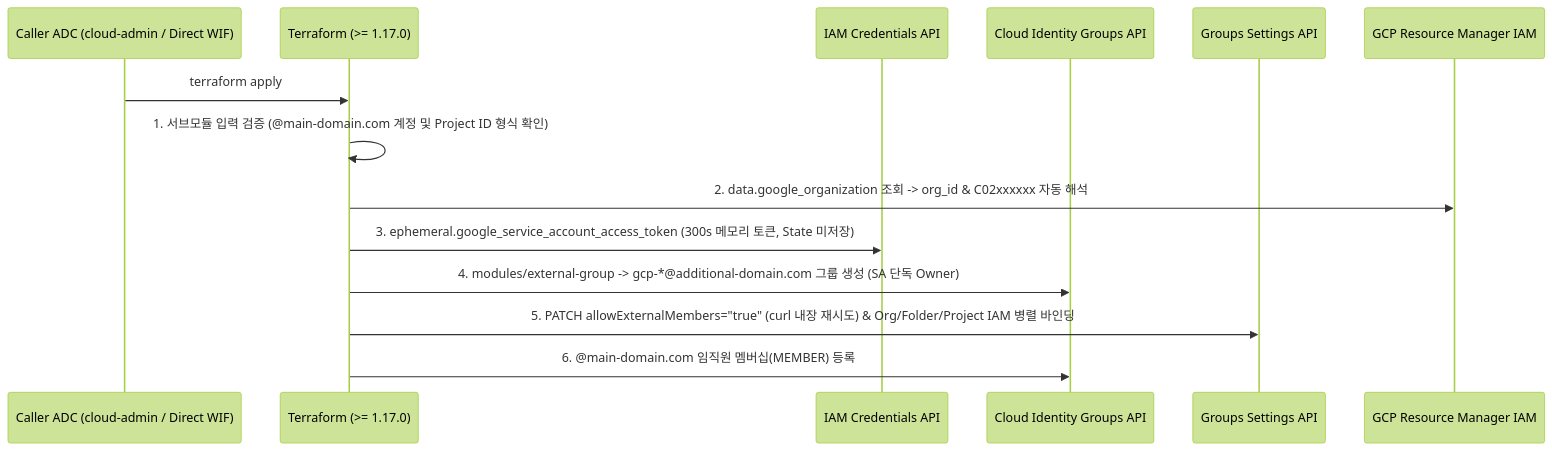
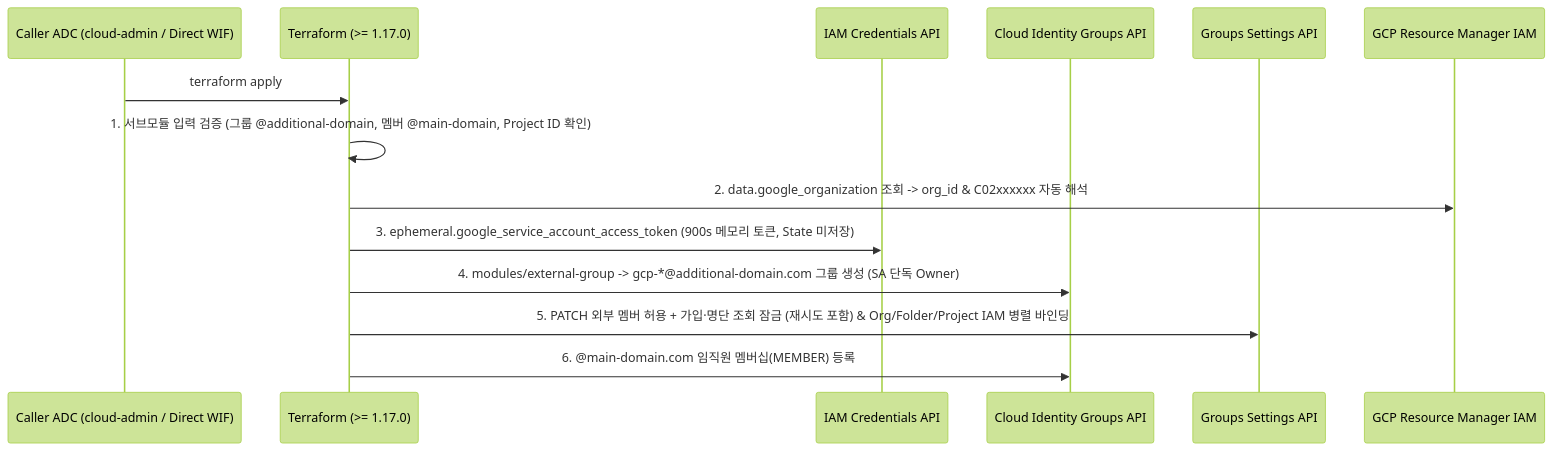
Before and after one commit to rom2019/gcp-sandbox: the second of 2 diagrams in iam/multi-org-group-iam/README.md, drawn with Mermaid (forest theme). The commit also changed other lines of this file and 5 other files, not shown here.

Commit message:
fix(iam/multi-org-group-iam): enforce Tier-0 separation and harden Groups Settings PATCH

````diff
--- a/iam/multi-org-group-iam/README.md
+++ b/iam/multi-org-group-iam/README.md
@@ -212,17 +215,17 @@
 ```mermaid
 sequenceDiagram
     participant Admin as Caller ADC (cloud-admin / Direct WIF)
     participant TF as Terraform (>= 1.17.0)
     participant IAMC as IAM Credentials API
     participant CI as Cloud Identity Groups API
     participant GS as Groups Settings API
     participant RM as GCP Resource Manager IAM
 
     Admin->>TF: terraform apply
-    TF->>TF: 1. 서브모듈 입력 검증 (@main-domain.com 계정 및 Project ID 형식 확인)
+    TF->>TF: 1. 서브모듈 입력 검증 (그룹 @additional-domain, 멤버 @main-domain, Project ID 확인)
     TF->>RM: 2. data.google_organization 조회 -> org_id & C02xxxxxx 자동 해석
-    TF->>IAMC: 3. ephemeral.google_service_account_access_token (300s 메모리 토큰, State 미저장)
+    TF->>IAMC: 3. ephemeral.google_service_account_access_token (900s 메모리 토큰, State 미저장)
     TF->>CI: 4. modules/external-group -> gcp-*@additional-domain.com 그룹 생성 (SA 단독 Owner)
-    TF->>GS: 5. PATCH allowExternalMembers="true" (curl 내장 재시도) & Org/Folder/Project IAM 병렬 바인딩
+    TF->>GS: 5. PATCH 외부 멤버 허용 + 가입·명단 조회 잠금 (재시도 포함) & Org/Folder/Project IAM 병렬 바인딩
     TF->>CI: 6. @main-domain.com 임직원 멤버십(MEMBER) 등록
 ```
````
